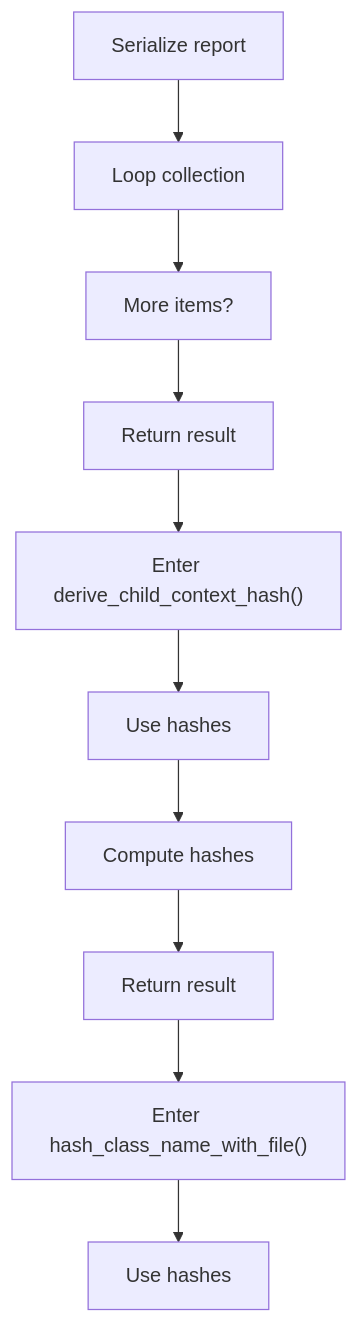
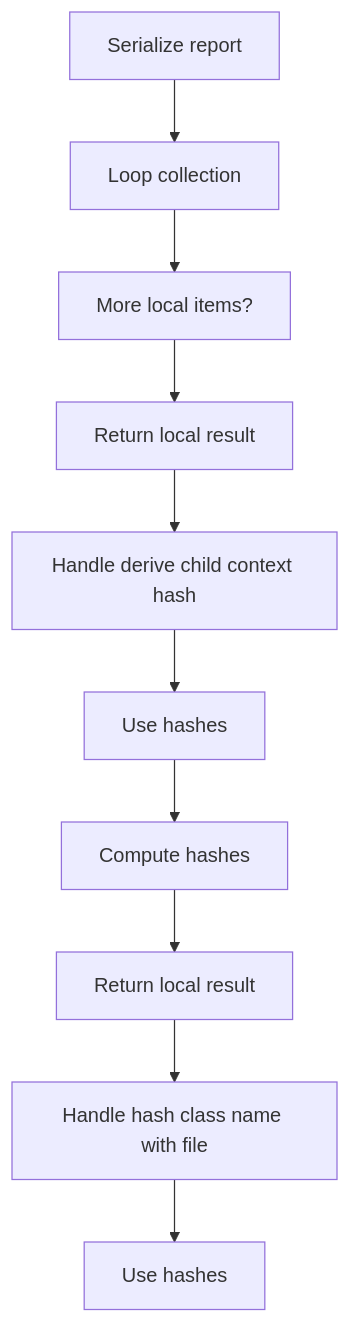
One commit to JohnAndrewBalbarosa/NeoTerritory changed the second of 7 diagrams in docs/Codebase/Microservice/Modules/Source/HashingMechanism/ReverseMerkle/Flow/hash_program_flow.cpp.md. Above: the diagram before and after it, drawn with Mermaid. The commit also changed other lines of this file and 915 other files, not shown here.

````diff
--- a/docs/Codebase/Microservice/Modules/Source/HashingMechanism/ReverseMerkle/Flow/hash_program_flow.cpp.md
+++ b/docs/Codebase/Microservice/Modules/Source/HashingMechanism/ReverseMerkle/Flow/hash_program_flow.cpp.md
@@ -41,22 +41,22 @@
 ```mermaid
 flowchart TD
     N0["Serialize report"]
     N1["Loop collection"]
-    N2["More items?"]
-    N3["Return result"]
-    N4["Enter derive_child_context_hash()"]
+    N2["More local items?"]
+    N3["Return local result"]
+    N4["Handle derive child context hash"]
     N5["Use hashes"]
     N6["Compute hashes"]
-    N7["Return result"]
-    N8["Enter hash_class_name_with_file()"]
+    N7["Return local result"]
+    N8["Handle hash class name with file"]
     N9["Use hashes"]
     N0 --> N1
     N1 --> N2
     N2 --> N3
     N3 --> N4
     N4 --> N5
     N5 --> N6
     N6 --> N7
     N7 --> N8
     N8 --> N9
 ```
````
